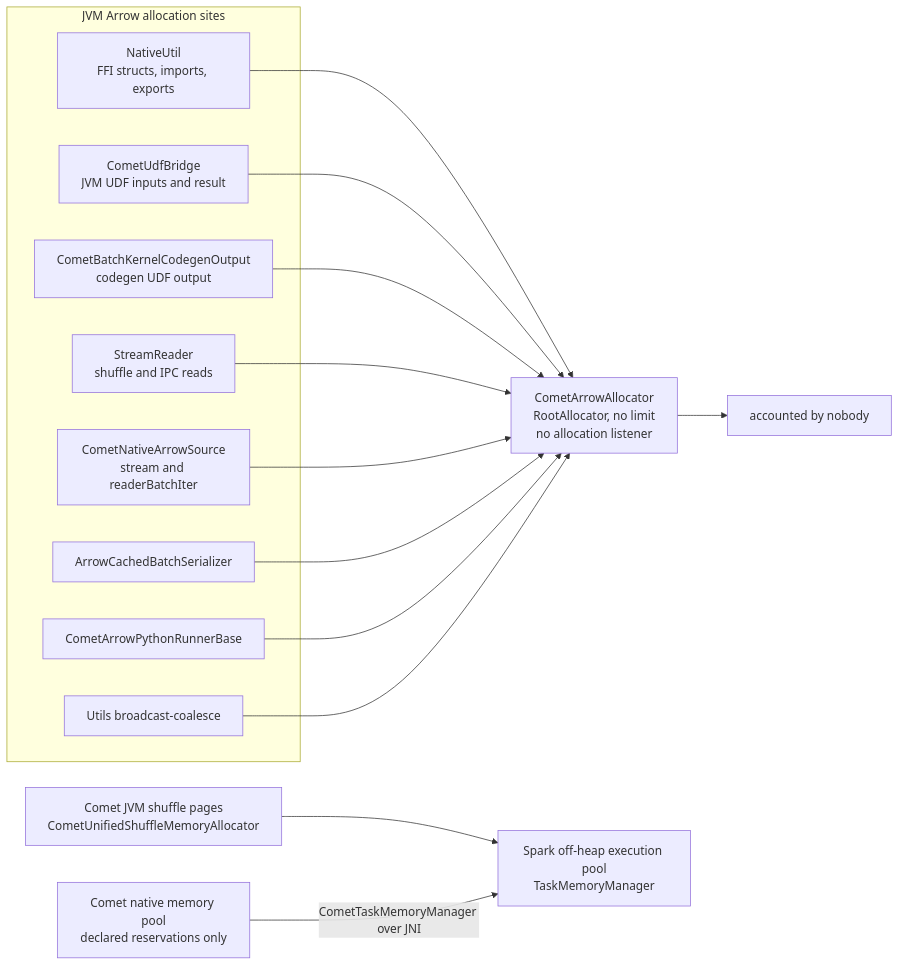
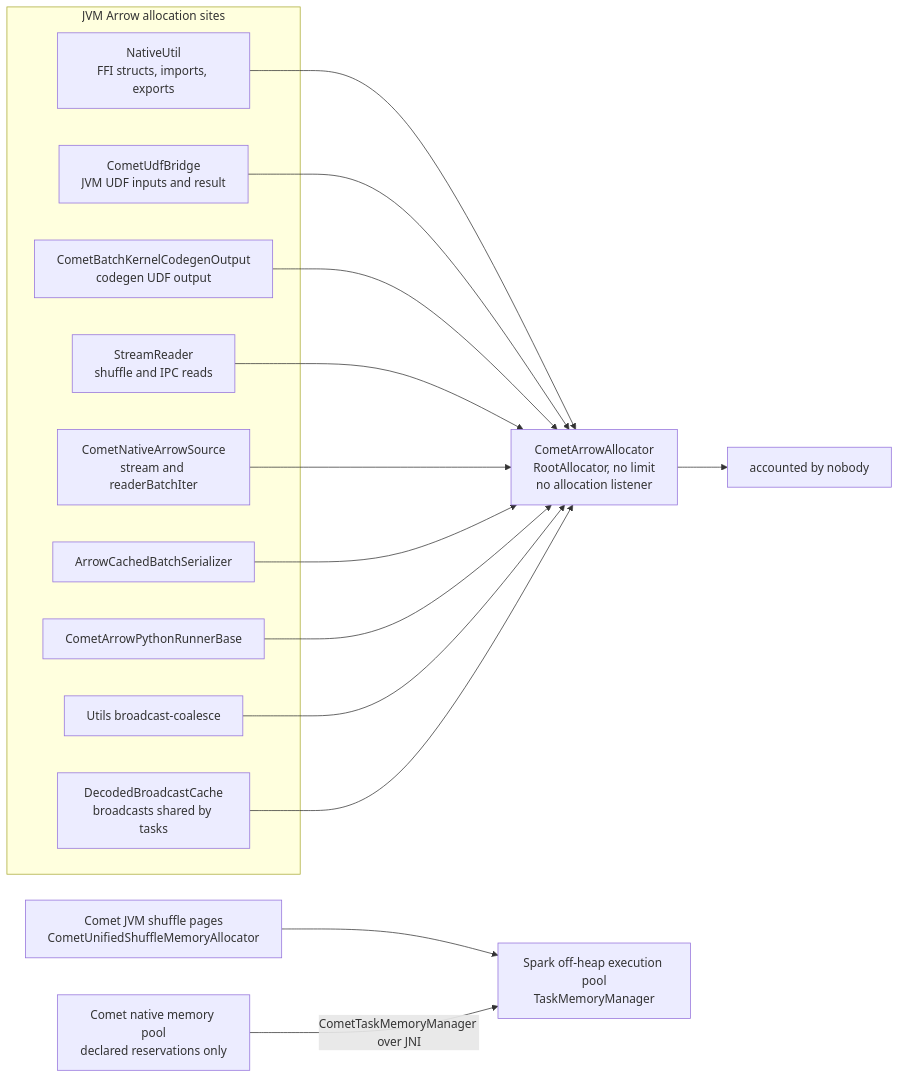
One commit to apache/datafusion-comet changed the first of 2 diagrams in docs/source/contributor-guide/memory_management.md. Above: the diagram before and after it, drawn with Mermaid. The commit also changed other lines of this file and 2 other files, not shown here.

First line of the commit message:
docs: describe the shared broadcast decode accurately

````diff
--- a/docs/source/contributor-guide/memory_management.md
+++ b/docs/source/contributor-guide/memory_management.md
@@ -147,31 +149,33 @@
 ```mermaid
 flowchart LR
   subgraph SITES["JVM Arrow allocation sites"]
     NU["NativeUtil<br>FFI structs, imports, exports"]
     UDF["CometUdfBridge<br>JVM UDF inputs and result"]
     CGO["CometBatchKernelCodegenOutput<br>codegen UDF output"]
     SR["StreamReader<br>shuffle and IPC reads"]
     NAS["CometNativeArrowSource<br>stream and readerBatchIter"]
     CACHE["ArrowCachedBatchSerializer"]
     PY["CometArrowPythonRunnerBase"]
     BC["Utils broadcast-coalesce"]
+    DBC["DecodedBroadcastCache<br>broadcasts shared by tasks"]
   end
 
   ROOT["CometArrowAllocator<br>RootAllocator, no limit<br>no allocation listener"]
   SHUF["Comet JVM shuffle pages<br>CometUnifiedShuffleMemoryAllocator"]
   NPOOL["Comet native memory pool<br>declared reservations only"]
   TMM["Spark off-heap execution pool<br>TaskMemoryManager"]
   NOBODY["accounted by nobody"]
 
   NU --> ROOT
   UDF --> ROOT
   CGO --> ROOT
   SR --> ROOT
   NAS --> ROOT
   CACHE --> ROOT
   PY --> ROOT
   BC --> ROOT
+  DBC --> ROOT
   ROOT --> NOBODY
   SHUF --> TMM
   NPOOL -->|"CometTaskMemoryManager over JNI"| TMM
 ```
````
